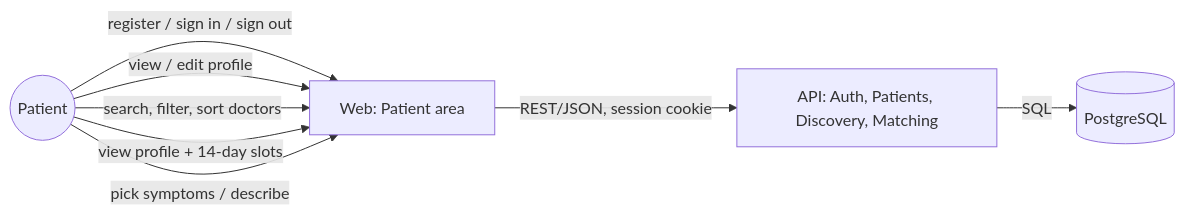
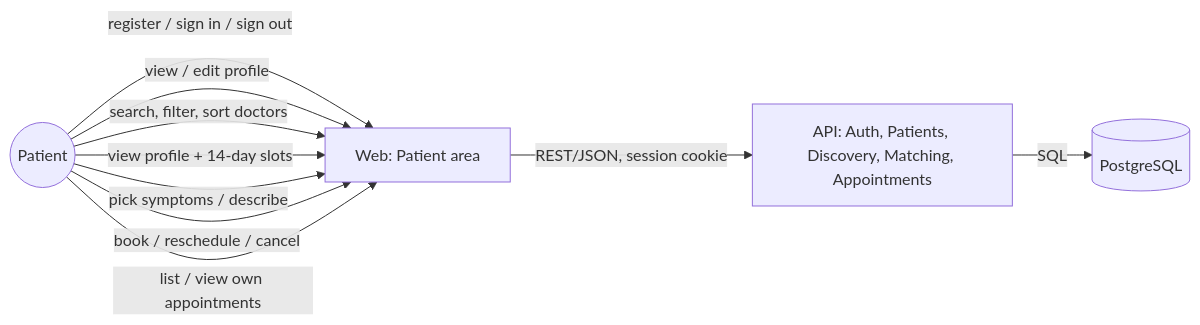
One commit to alhexjustine/telehealth changed the second of 3 diagrams in docs/modules/patient.md. Above: the diagram before and after it, drawn with Mermaid. The commit also changed other lines of this file and 75 other files, not shown here.

````diff
--- a/docs/modules/patient.md
+++ b/docs/modules/patient.md
@@ -39,10 +111,12 @@
 ```mermaid
 flowchart LR
   P((Patient)) -->|"register / sign in / sign out"| W[Web: Patient area]
   P -->|"view / edit profile"| W
   P -->|"search, filter, sort doctors"| W
   P -->|"view profile + 14-day slots"| W
   P -->|"pick symptoms / describe"| W
-  W -->|"REST/JSON, session cookie"| A["API: Auth, Patients, Discovery, Matching"]
+  P -->|"book / reschedule / cancel"| W
+  P -->|"list / view own appointments"| W
+  W -->|"REST/JSON, session cookie"| A["API: Auth, Patients, Discovery, Matching, Appointments"]
   A -->|"SQL"| D[(PostgreSQL)]
 ```
````
